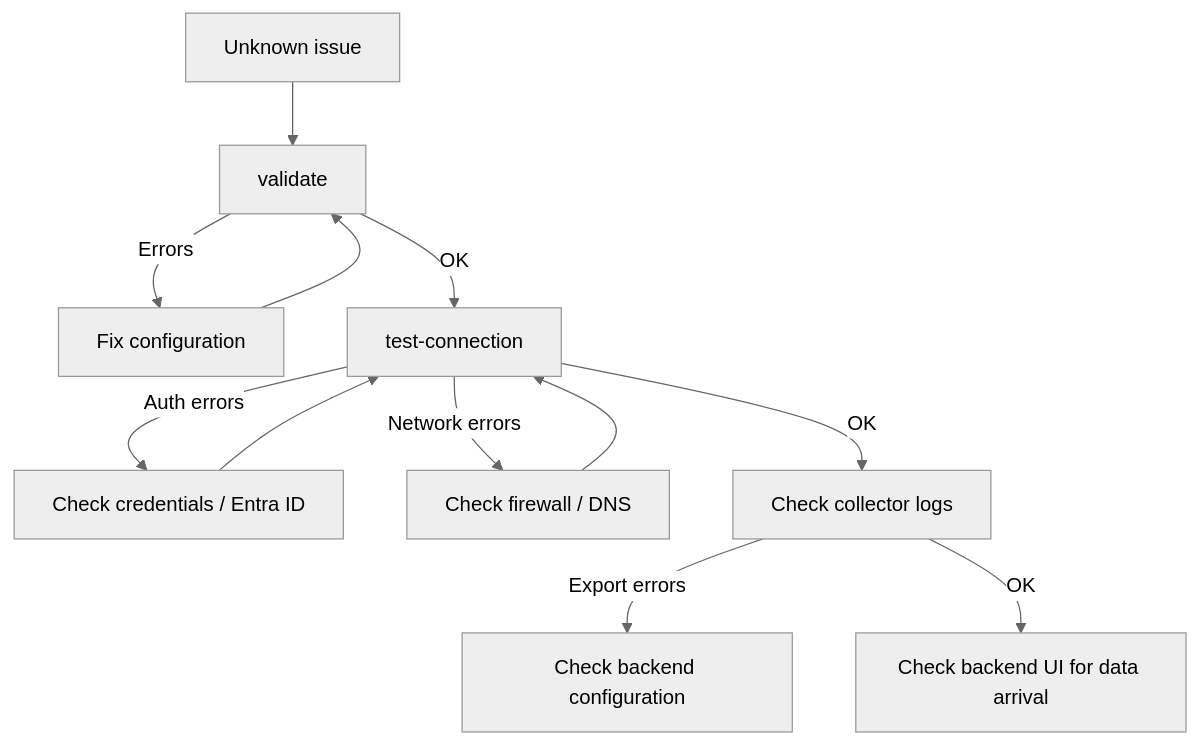
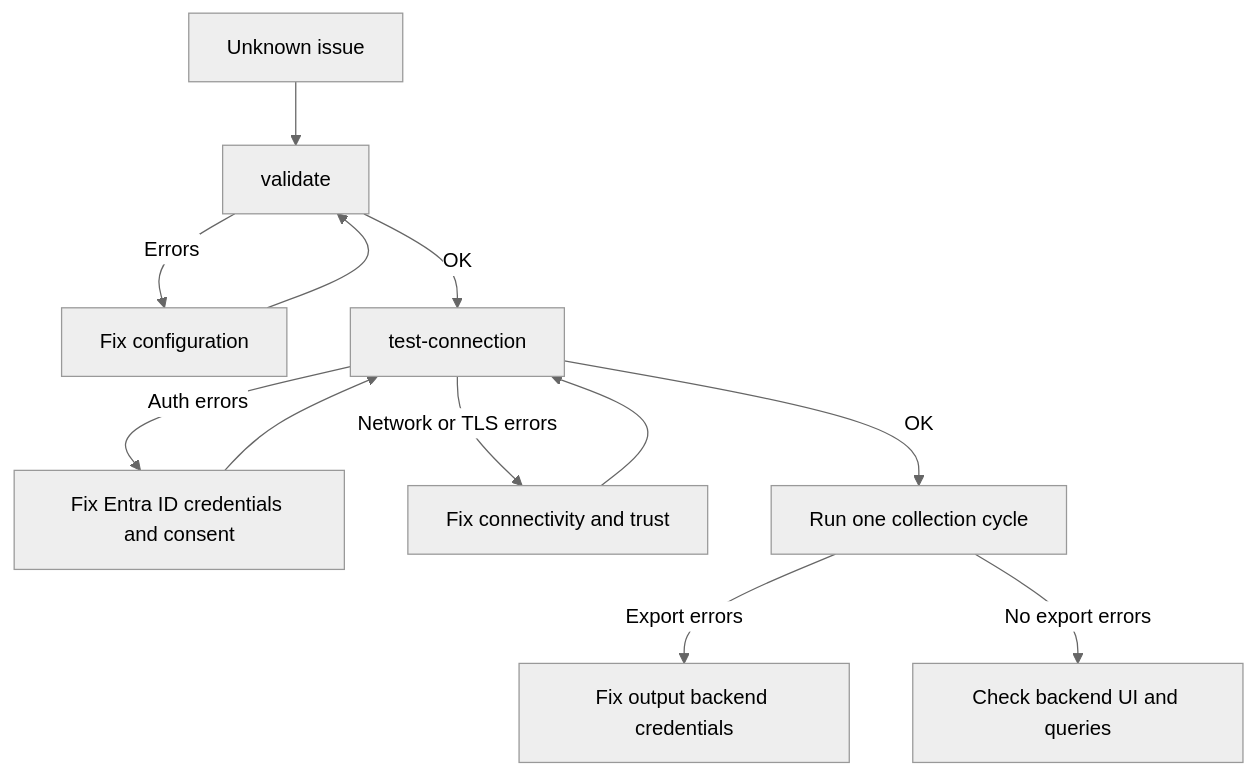
The second of 2 diagrams in src/content/docs/collector/troubleshooting.mdx (Phenisys/microsoft-teams-observability-documentation), drawn with Mermaid (neutral theme) before and after one commit. The commit also changed other lines of this file and 26 other files, not shown here.

Commit message:
feat(docs): apply V2 documentation roadmap

````diff
--- a/src/content/docs/collector/troubleshooting.mdx
+++ b/src/content/docs/collector/troubleshooting.mdx
@@ -141,14 +267,14 @@
 ```mermaid
 flowchart TD
     A[Unknown issue] --> B[validate]
     B -->|Errors| C[Fix configuration]
     C --> B
     B -->|OK| D[test-connection]
-    D -->|Auth errors| E["Check credentials / Entra ID"]
-    D -->|Network errors| F["Check firewall / DNS"]
+    D -->|Auth errors| E[Fix Entra ID credentials and consent]
+    D -->|Network or TLS errors| F[Fix connectivity and trust]
     E --> D
     F --> D
-    D -->|OK| G[Check collector logs]
-    G -->|Export errors| H[Check backend configuration]
-    G -->|OK| I[Check backend UI for data arrival]
+    D -->|OK| G[Run one collection cycle]
+    G -->|Export errors| H[Fix output backend credentials]
+    G -->|No export errors| I[Check backend UI and queries]
 ```
````
